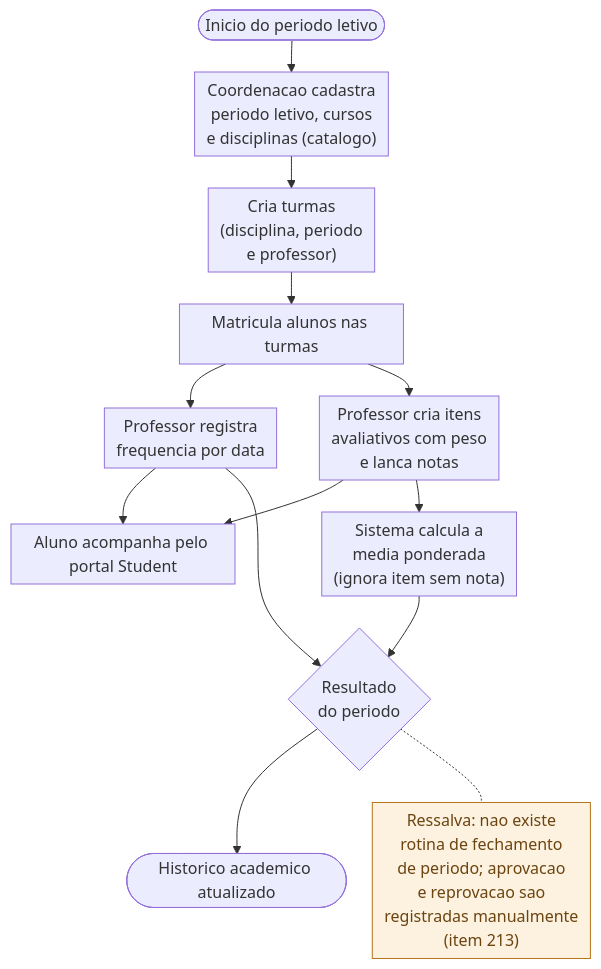
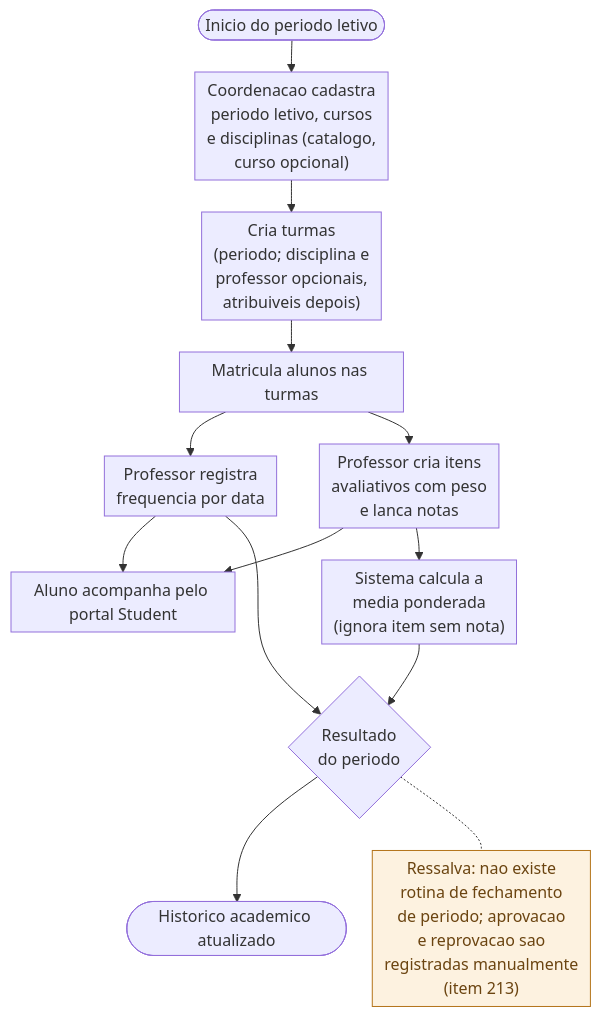
The diagram in docs/diagramas/src/ativ-academico.mmd (bebberjoao/RoosterOneBackend), drawn with Mermaid before and after one commit. The commit also changed 15 other files, not shown here.

First line of the commit message:
feat(academy): disciplina sem curso e turma sem disciplina

```diff
--- a/docs/diagramas/src/ativ-academico.mmd
+++ b/docs/diagramas/src/ativ-academico.mmd
@@ -1,18 +1,18 @@
 %%{init: {"flowchart":{"nodeSpacing":26,"rankSpacing":32,"padding":6,"diagramPadding":6}}}%%
 flowchart TD
-  A([Inicio do periodo letivo]) --> B["Coordenacao cadastra<br/>periodo letivo, cursos<br/>e disciplinas (catalogo)"]
-  B --> C["Cria turmas<br/>(disciplina, periodo<br/>e professor)"]
+  A([Inicio do periodo letivo]) --> B["Coordenacao cadastra<br/>periodo letivo, cursos<br/>e disciplinas (catalogo,<br/>curso opcional)"]
+  B --> C["Cria turmas<br/>(periodo; disciplina e<br/>professor opcionais,<br/>atribuiveis depois)"]
   C --> D[Matricula alunos nas turmas]
   D --> E["Professor registra<br/>frequencia por data"]
   D --> F["Professor cria itens<br/>avaliativos com peso<br/>e lanca notas"]
   E --> G[Aluno acompanha pelo portal Student]
   F --> G
   F --> H["Sistema calcula a<br/>media ponderada<br/>(ignora item sem nota)"]
   H --> I{"Resultado<br/>do periodo"}
   E --> I
   I --> J([Historico academico atualizado])
 
   NOTA["Ressalva: nao existe<br/>rotina de fechamento<br/>de periodo; aprovacao<br/>e reprovacao sao<br/>registradas manualmente<br/>(item 213)"]
   I -.- NOTA
   classDef aviso fill:#FDF2E0,stroke:#B4741A,color:#6B4410
   class NOTA aviso
```
